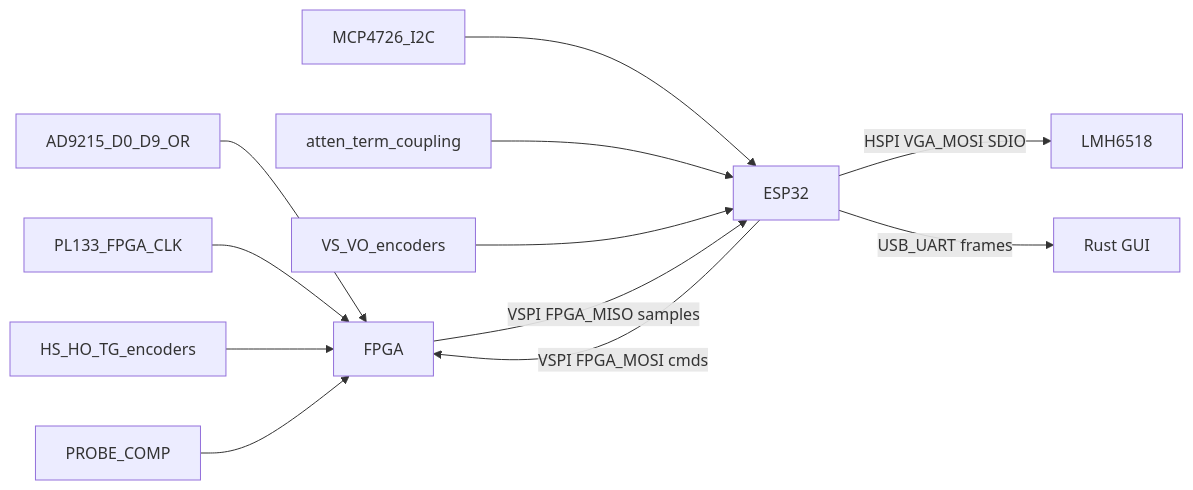
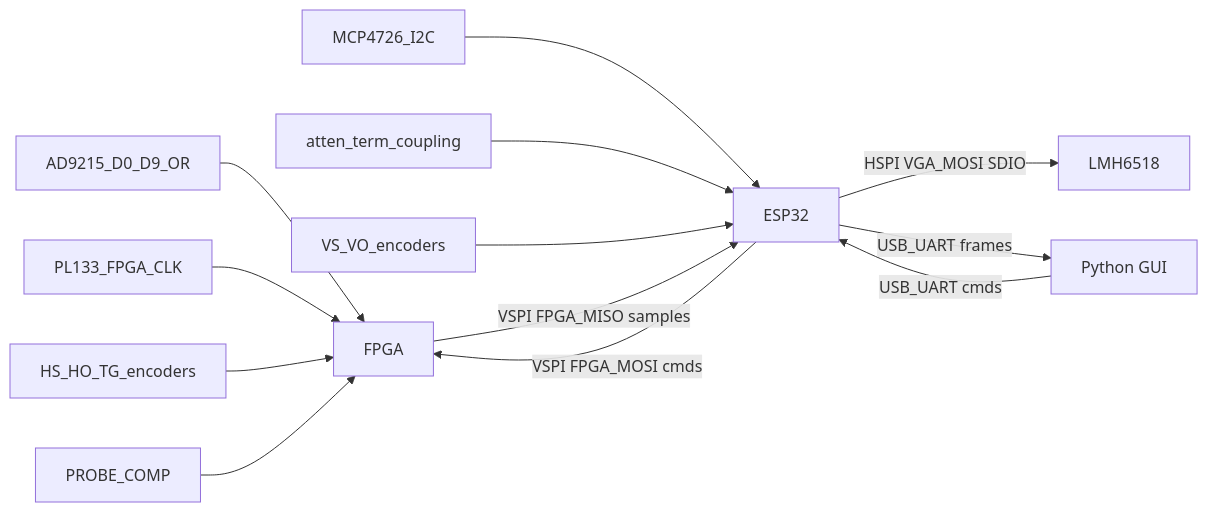
Before and after one commit to AveryLor/oscilloscope-dev: the diagram in README.md, drawn with Mermaid. The commit also changed other lines of this file and 42 other files, not shown here.

Commit message:
removed rust for python

````diff
--- a/README.md
+++ b/README.md
@@ -14,14 +14,15 @@
 ```mermaid
 flowchart LR
   ADC[AD9215_D0_D9_OR] --> FPGA
   Clk[PL133_FPGA_CLK] --> FPGA
   EncH[HS_HO_TG_encoders] --> FPGA
   Probe[PROBE_COMP] --> FPGA
   ESP32 -->|"HSPI VGA_MOSI SDIO"| VGA[LMH6518]
   Dac[MCP4726_I2C] --> ESP32
   Relays[atten_term_coupling] --> ESP32
   EncV[VS_VO_encoders] --> ESP32
   ESP32 -->|"VSPI FPGA_MOSI cmds"| FPGA
   FPGA -->|"VSPI FPGA_MISO samples"| ESP32
-  ESP32 -->|"USB_UART frames"| PC[Rust GUI]
+  ESP32 -->|"USB_UART frames"| PC[Python GUI]
+  PC -->|"USB_UART cmds"| ESP32
 ```
````
